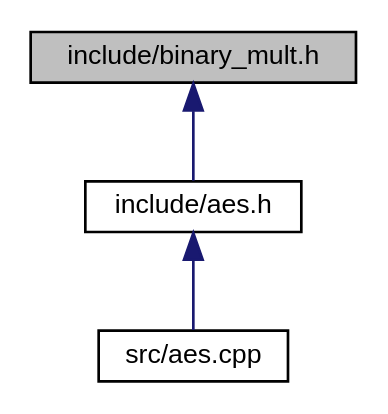
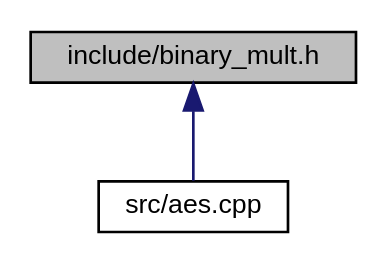
One commit to Eric-Durr/PRCT06-AES changed the diagram in docs/binary__mult_8h__dep__incl.dot. Above: the diagram before and after it, drawn with Graphviz. The commit also changed 35 other files, not shown here.

```diff
--- a/docs/binary__mult_8h__dep__incl.dot
+++ b/docs/binary__mult_8h__dep__incl.dot
@@ -1,11 +1,9 @@
 digraph "include/binary_mult.h"
 {
  // LATEX_PDF_SIZE
   edge [fontname="Helvetica",fontsize="10",labelfontname="Helvetica",labelfontsize="10"];
   node [fontname="Helvetica",fontsize="10",shape=record];
   Node1 [label="include/binary_mult.h",height=0.2,width=0.4,color="black", fillcolor="grey75", style="filled", fontcolor="black",tooltip=" "];
   Node1 -> Node2 [dir="back",color="midnightblue",fontsize="10",style="solid",fontname="Helvetica"];
-  Node2 [label="include/aes.h",height=0.2,width=0.4,color="black", fillcolor="white", style="filled",URL="$aes_8h.html",tooltip=" "];
-  Node2 -> Node3 [dir="back",color="midnightblue",fontsize="10",style="solid",fontname="Helvetica"];
-  Node3 [label="src/aes.cpp",height=0.2,width=0.4,color="black", fillcolor="white", style="filled",URL="$aes_8cpp.html",tooltip=" "];
+  Node2 [label="src/aes.cpp",height=0.2,width=0.4,color="black", fillcolor="white", style="filled",URL="$aes_8cpp.html",tooltip=" "];
 }
```
